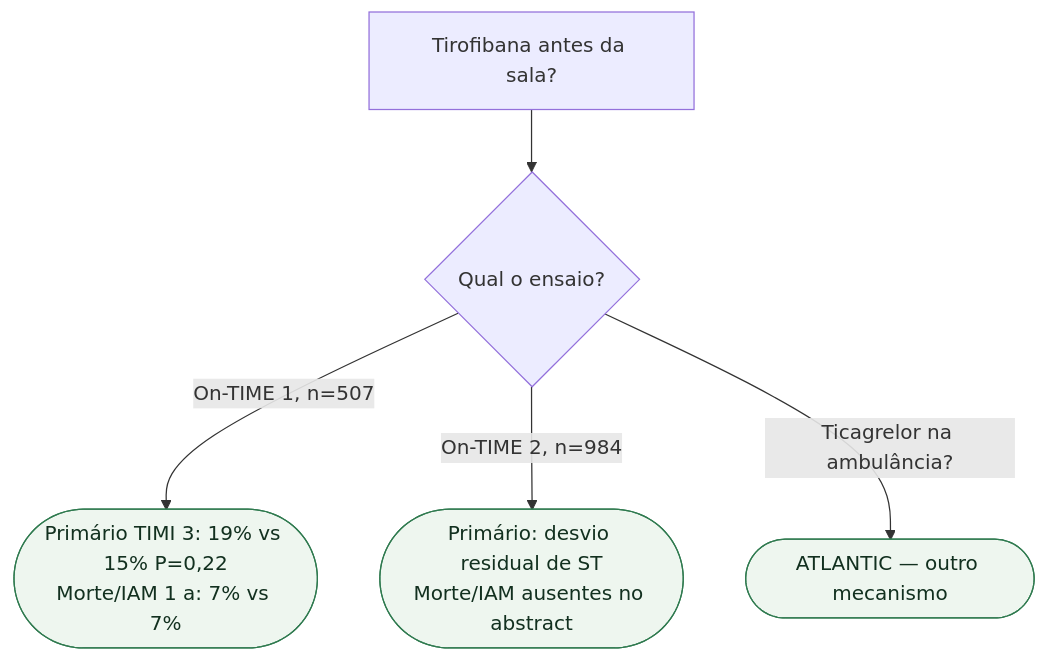
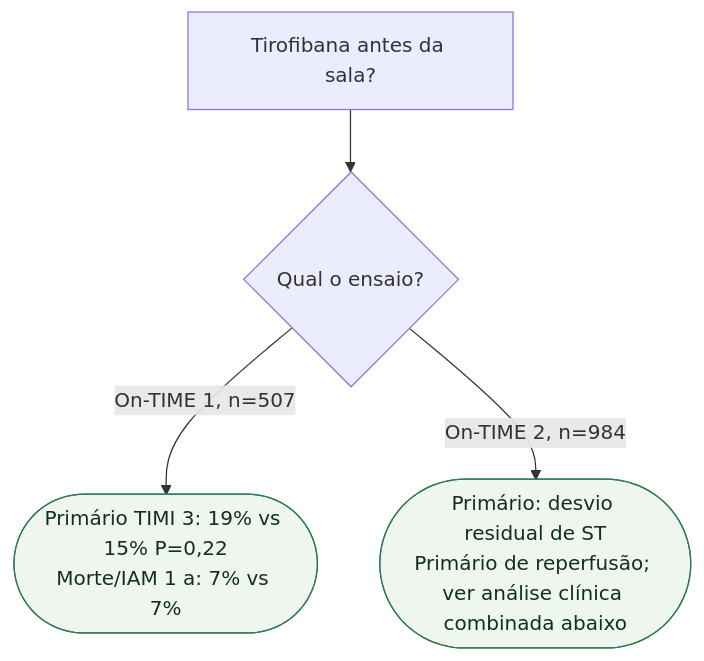
One commit to rafaelpaesmeirelles/MeuCardio changed the diagram in content/Doença_coronariana/fluxograma-gpi-pre-hospitalar-on-time-1-on-time-2.md. Above: the diagram before and after it, drawn with Mermaid. The commit also changed other lines of this file and 704 other files, not shown here.

````diff
--- a/content/Doença_coronariana/fluxograma-gpi-pre-hospitalar-on-time-1-on-time-2.md
+++ b/content/Doença_coronariana/fluxograma-gpi-pre-hospitalar-on-time-1-on-time-2.md
@@ -18,13 +27,12 @@
 ```mermaid
 flowchart TD
   R0["Tirofibana antes da sala?"] --> D1{"Qual o ensaio?"}
 
   D1 -->|"On-TIME 1, n=507"| C1(["Primário TIMI 3: 19% vs 15% P=0,22<br/>Morte/IAM 1 a: 7% vs 7%"])
 
-  D1 -->|"On-TIME 2, n=984"| C2(["Primário: desvio residual de ST<br/>Morte/IAM ausentes no abstract"])
+  D1 -->|"On-TIME 2, n=984"| C2(["Primário: desvio residual de ST<br/>Primário de reperfusão; ver análise clínica combinada abaixo"])
 
-  D1 -->|"Ticagrelor na ambulância?"| C3(["ATLANTIC — outro mecanismo"])
 
   classDef conduta fill:#eef6ef,stroke:#2f7a4f,color:#12301f;
-  class C1,C2,C3 conduta;
+  class C1,C2 conduta;
 ```
````
